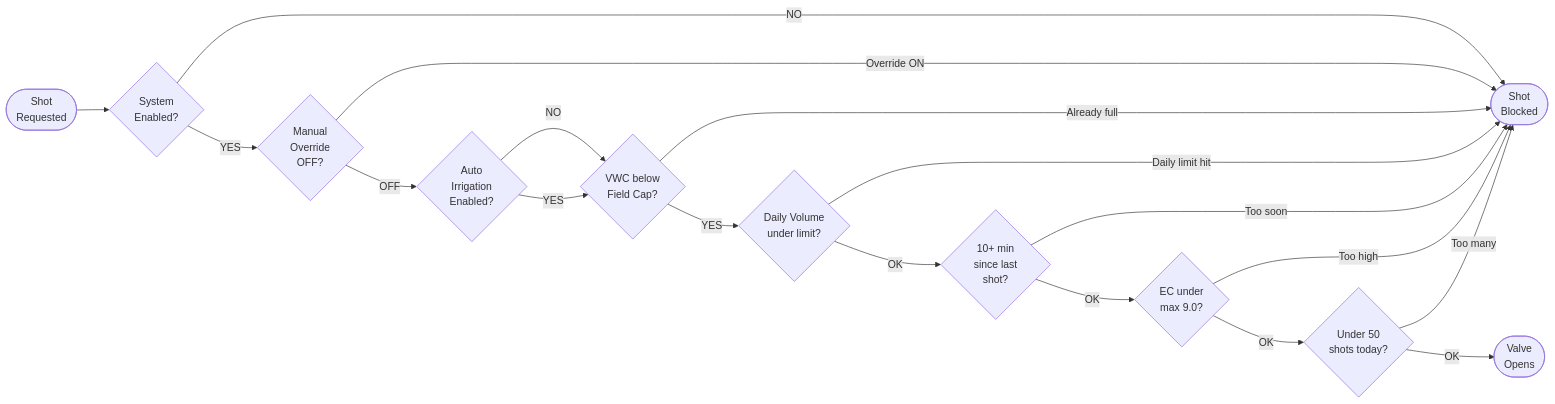
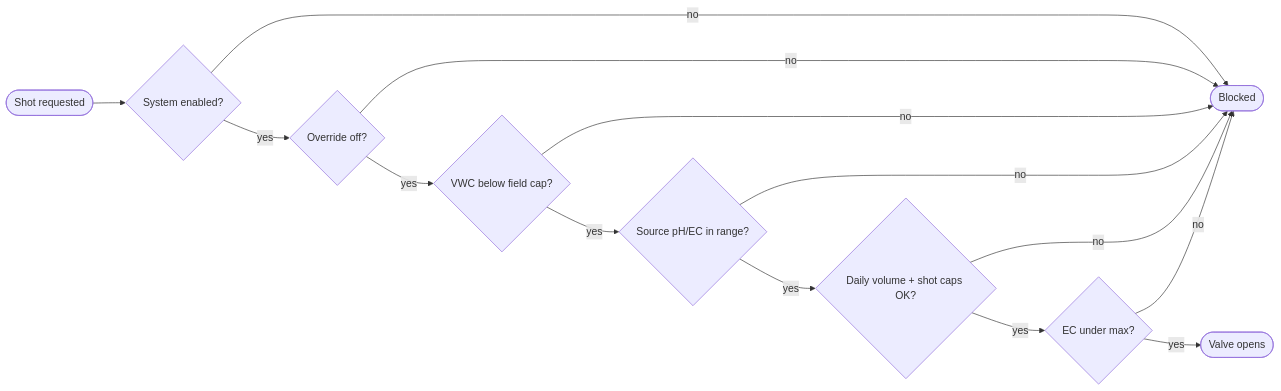
One commit to JakeTheRabbit/HA-Irrigation-Strategy changed the third of 3 diagrams in README.md. Above: the diagram before and after it, drawn with Mermaid. The commit also changed other lines of this file and 71 other files, not shown here.

````diff
--- a/README.md
+++ b/README.md
@@ -121,32 +105,16 @@
 ```mermaid
 flowchart LR
-    REQ(["Shot\nRequested"])
-    C1{"System\nEnabled?"}
-    C2{"Manual\nOverride\nOFF?"}
-    C3{"Auto\nIrrigation\nEnabled?"}
-    C4{"VWC below\nField Cap?"}
-    C5{"Daily Volume\nunder limit?"}
-    C6{"10+ min\nsince last\nshot?"}
-    C7{"EC under\nmax 9.0?"}
-    C8{"Under 50\nshots today?"}
-    FIRE(["Valve\nOpens"])
-    STOP(["Shot\nBlocked"])
-
-    REQ --> C1
-    C1 -- "NO" --> STOP
-    C1 -- "YES" --> C2
-    C2 -- "Override ON" --> STOP
-    C2 -- "OFF" --> C3
-    C3 -- "NO" --> C4
-    C3 -- "YES" --> C4
-    C4 -- "Already full" --> STOP
-    C4 -- "YES" --> C5
-    C5 -- "Daily limit hit" --> STOP
-    C5 -- "OK" --> C6
-    C6 -- "Too soon" --> STOP
-    C6 -- "OK" --> C7
-    C7 -- "Too high" --> STOP
-    C7 -- "OK" --> C8
-    C8 -- "Too many" --> STOP
-    C8 -- "OK" --> FIRE
+    REQ(["Shot requested"]) --> C1{System enabled?}
+    C1 -- no --> STOP(["Blocked"])
+    C1 -- yes --> C2{Override off?}
+    C2 -- no --> STOP
+    C2 -- yes --> C3{VWC below field cap?}
+    C3 -- no --> STOP
+    C3 -- yes --> C4{Source pH/EC in range?}
+    C4 -- no --> STOP
+    C4 -- yes --> C5{Daily volume + shot caps OK?}
+    C5 -- no --> STOP
+    C5 -- yes --> C6{EC under max?}
+    C6 -- no --> STOP
+    C6 -- yes --> FIRE(["Valve opens"])
 ```
````
